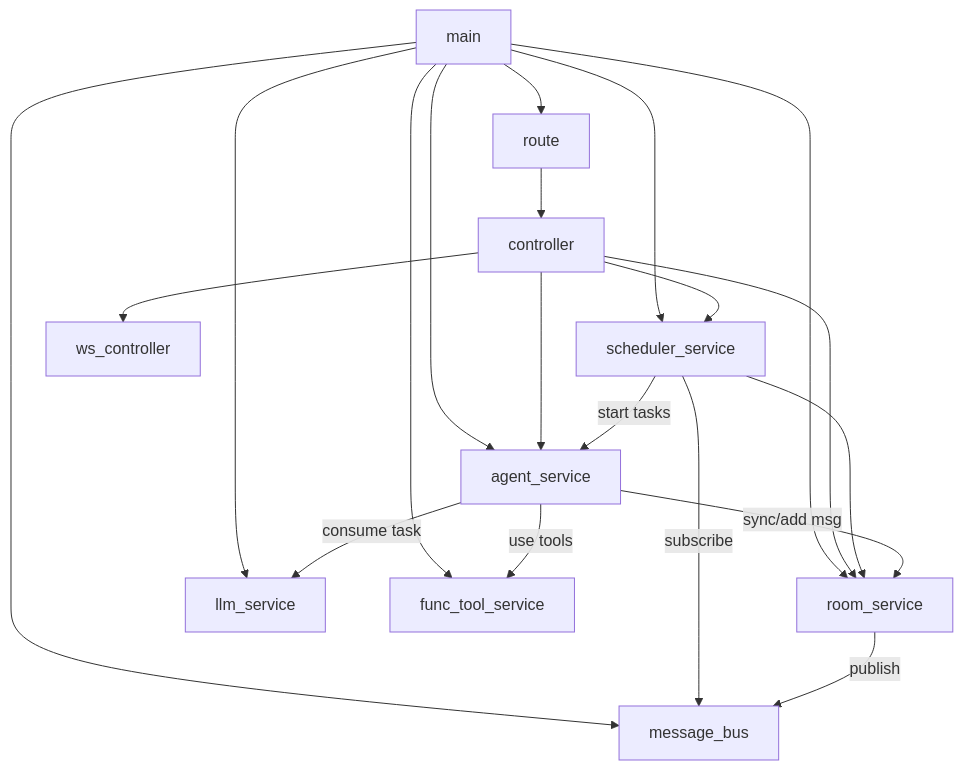
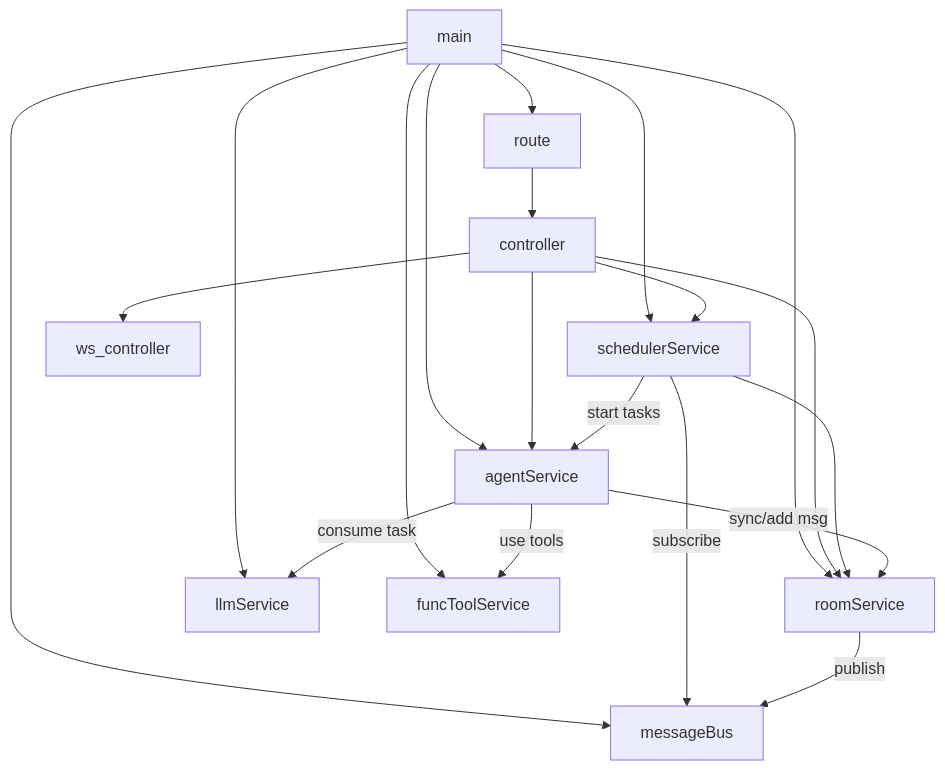
One commit to alexazhou/TogoSpace changed the diagram in docs/tech/service_dependencies.md. Above: the diagram before and after it, drawn with Mermaid. The commit also changed other lines of this file and 81 other files, not shown here.

````diff
--- a/docs/tech/service_dependencies.md
+++ b/docs/tech/service_dependencies.md
@@ -3,26 +3,26 @@
 ```mermaid
 graph TD
     main --> route
-    main --> agent_service
-    main --> room_service
-    main --> scheduler_service
-    main --> llm_service
-    main --> func_tool_service
-    main --> message_bus
+    main --> agentService
+    main --> roomService
+    main --> schedulerService
+    main --> llmService
+    main --> funcToolService
+    main --> messageBus
 
     route --> controller
-    controller --> agent_service
-    controller --> room_service
-    controller --> scheduler_service
+    controller --> agentService
+    controller --> roomService
+    controller --> schedulerService
     controller --> ws_controller
 
-    scheduler_service -->|start tasks| agent_service
-    scheduler_service --> room_service
-    scheduler_service -->|subscribe| message_bus
+    schedulerService -->|start tasks| agentService
+    schedulerService --> roomService
+    schedulerService -->|subscribe| messageBus
 
-    agent_service -->|consume task| llm_service
-    agent_service -->|sync/add msg| room_service
-    agent_service -->|use tools| func_tool_service
+    agentService -->|consume task| llmService
+    agentService -->|sync/add msg| roomService
+    agentService -->|use tools| funcToolService
 
-    room_service -->|publish| message_bus
+    roomService -->|publish| messageBus
 ```
````
